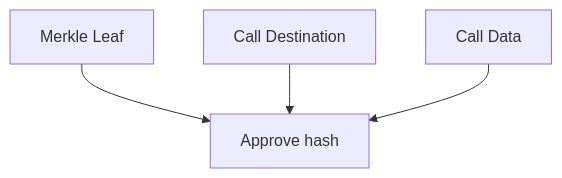
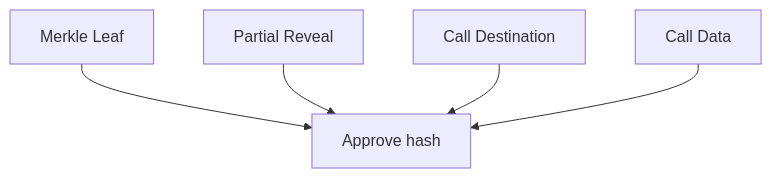
Diagram 16 of 17 in EIPS/eip-2429.md (ethereum/EIPs), drawn with Mermaid before and after one commit. The commit also changed other lines of this file, not shown here.

Commit message:
simplify leafs, weight as siblings, drop Tdiv, hashPeer->partialReveal

````diff
--- a/EIPS/eip-2429.md
+++ b/EIPS/eip-2429.md
@@ -514,10 +495,12 @@
 ```mermaid
 	graph TB
-    leaf_hash["Merkle Leaf"]
-    call_destination["Call Destination"]
-    call_data["Call Data"]
-    approve_hash["Approve hash"]  
-    leaf_hash --> approve_hash;
-    call_destination --> approve_hash; 
-    call_data --> approve_hash; 
+        leaf_hash["Merkle Leaf"]
+        partial_reveal["Partial Reveal"]
+        call_destination["Call Destination"]
+        call_data["Call Data"]
+        approve_hash["Approve hash"]  
+        leaf_hash --> approve_hash;
+        partial_reveal --> approve_hash;
+        call_destination --> approve_hash; 
+        call_data --> approve_hash; 
 ```
````
